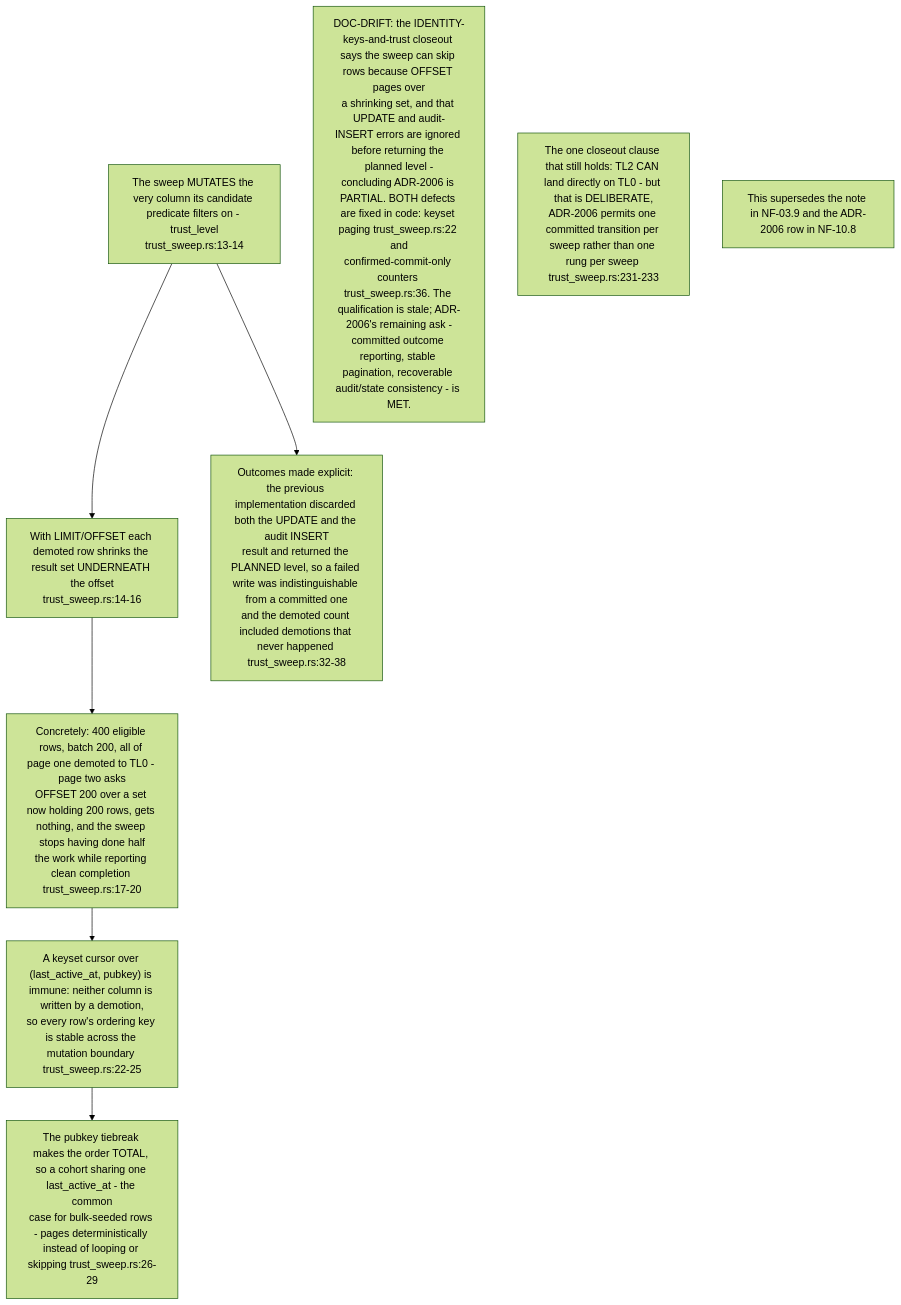
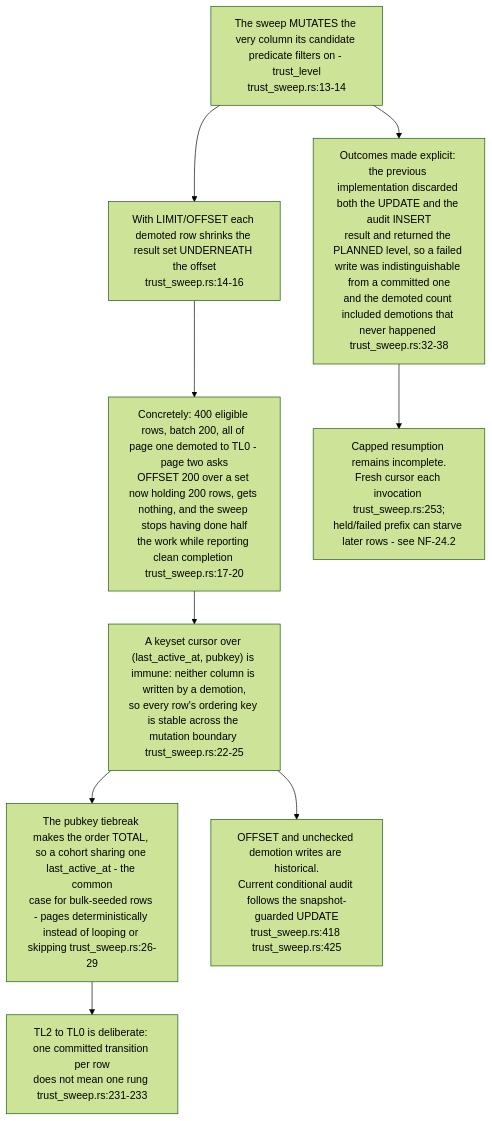
Diagram 11 of 16 in docs/diagrams/nostr-rust-forum/11-relay-durable-object-internals.md (DreamLab-AI/VisionFlow), drawn with Mermaid (forest theme) before and after one commit. The commit also changed other lines of this file and 50 other files, not shown here.

Commit message:
docs(audit): assess trust sweep fairness and promotion transactions

````diff
--- a/docs/diagrams/nostr-rust-forum/11-relay-durable-object-internals.md
+++ b/docs/diagrams/nostr-rust-forum/11-relay-durable-object-internals.md
@@ -362,16 +362,19 @@
 ```mermaid
 flowchart TB
     PROB["The sweep MUTATES the very column its candidate predicate filters on - trust_level<br/>trust_sweep.rs:13-14"]
     OFF["With LIMIT/OFFSET each demoted row shrinks the result set UNDERNEATH the offset<br/>trust_sweep.rs:14-16"]
     CONC["Concretely: 400 eligible rows, batch 200, all of page one demoted to TL0 - page two asks<br/>OFFSET 200 over a set now holding 200 rows, gets nothing, and the sweep stops having done half<br/>the work while reporting clean completion trust_sweep.rs:17-20"]
     FIX["A keyset cursor over (last_active_at, pubkey) is immune: neither column is written by a demotion,<br/>so every row's ordering key is stable across the mutation boundary trust_sweep.rs:22-25"]
     TIE["The pubkey tiebreak makes the order TOTAL, so a cohort sharing one last_active_at - the common<br/>case for bulk-seeded rows - pages deterministically instead of looping or skipping trust_sweep.rs:26-29"]
     OUT["Outcomes made explicit: the previous implementation discarded both the UPDATE and the audit INSERT<br/>result and returned the PLANNED level, so a failed write was indistinguishable from a committed one<br/>and the demoted count included demotions that never happened trust_sweep.rs:32-38"]
 
     PROB --> OFF --> CONC --> FIX --> TIE
     PROB --> OUT
 
-    N1["DOC-DRIFT: the IDENTITY-keys-and-trust closeout says the sweep can skip rows because OFFSET pages over<br/>a shrinking set, and that UPDATE and audit-INSERT errors are ignored before returning the planned level -<br/>concluding ADR-2006 is PARTIAL. BOTH defects are fixed in code: keyset paging trust_sweep.rs:22 and<br/>confirmed-commit-only counters trust_sweep.rs:36. The qualification is stale; ADR-2006's remaining ask -<br/>committed outcome reporting, stable pagination, recoverable audit/state consistency - is MET."]
-    N2["The one closeout clause that still holds: TL2 CAN land directly on TL0 - but that is DELIBERATE,<br/>ADR-2006 permits one committed transition per sweep rather than one rung per sweep trust_sweep.rs:231-233"]
-    N3["This supersedes the note in NF-03.9 and the ADR-2006 row in NF-10.8"]
+    N1["OFFSET and unchecked demotion writes are historical.<br/>Current conditional audit follows the snapshot-guarded UPDATE<br/>trust_sweep.rs:418 trust_sweep.rs:425"]
+    N2["TL2 to TL0 is deliberate: one committed transition per row<br/>does not mean one rung trust_sweep.rs:231-233"]
+    N3["Capped resumption remains incomplete.<br/>Fresh cursor each invocation trust_sweep.rs:253;<br/>held/failed prefix can starve later rows - see NF-24.2"]
+    FIX --> N1
+    TIE --> N2
+    OUT --> N3
 ```
````
